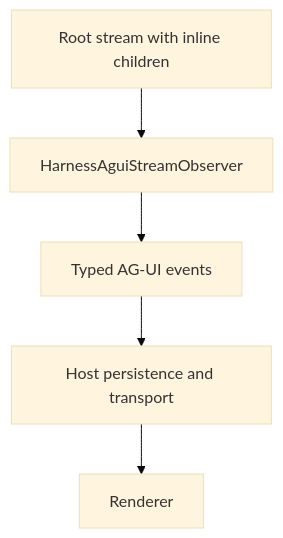
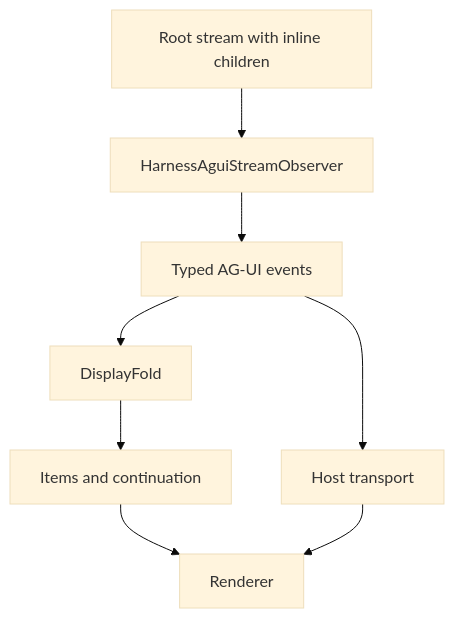
One commit to converge-ai-labs/agent-foundation changed the diagram in docs/a13n-stream-protocol/index.md. Above: the diagram before and after it, drawn with Mermaid (base theme). The commit also changed other lines of this file and 124 other files, not shown here.

````diff
--- a/docs/a13n-stream-protocol/index.md
+++ b/docs/a13n-stream-protocol/index.md
@@ -19,10 +19,14 @@
 ```mermaid
 flowchart TB
     Run["Root stream with inline children"] --> Observer["HarnessAguiStreamObserver"]
     Observer --> Events["Typed AG-UI events"]
-    Events --> Host["Host persistence and transport"]
-    Host --> UI["Renderer"]
+    Events --> Fold["DisplayFold"]
+    Fold --> Checkpoint["Items and continuation"]
+    Events --> Host["Host transport"]
+    Checkpoint --> UI["Renderer"]
+    Host --> UI
 
-    class Run,Observer a13n
+    class Run,Observer,Fold a13n
+    class Checkpoint store
     class Host,UI app
 ```
````
